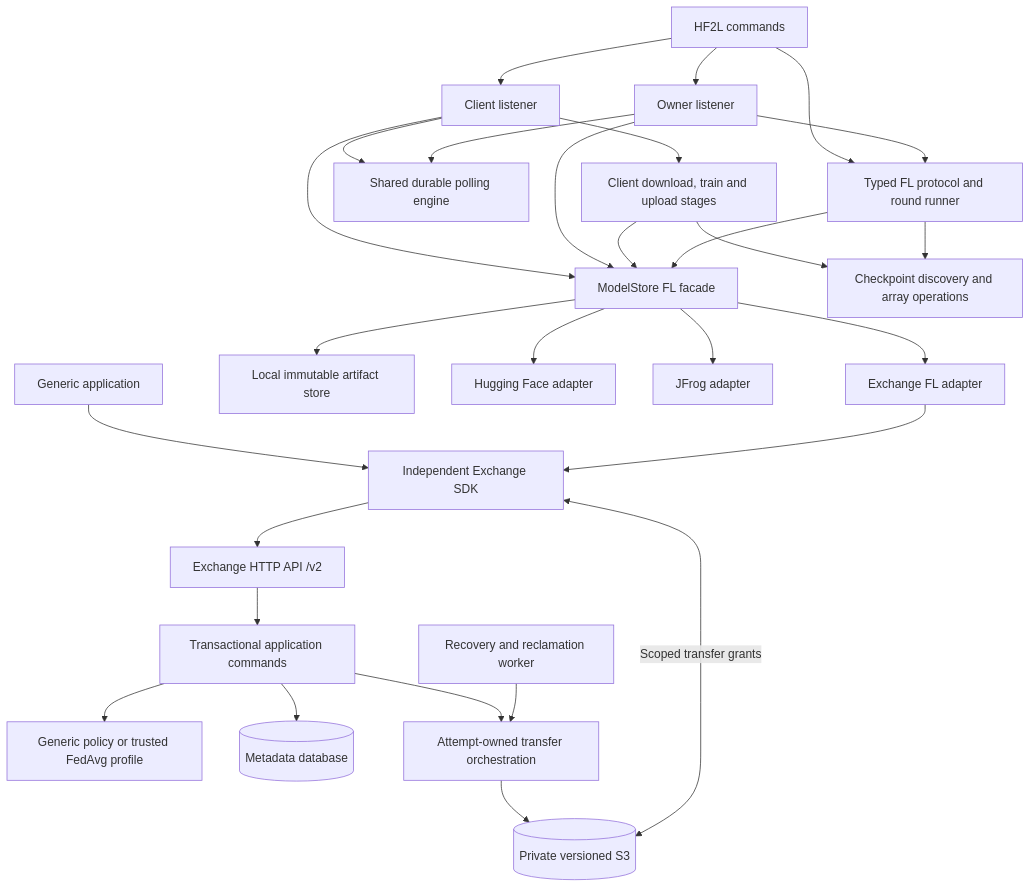
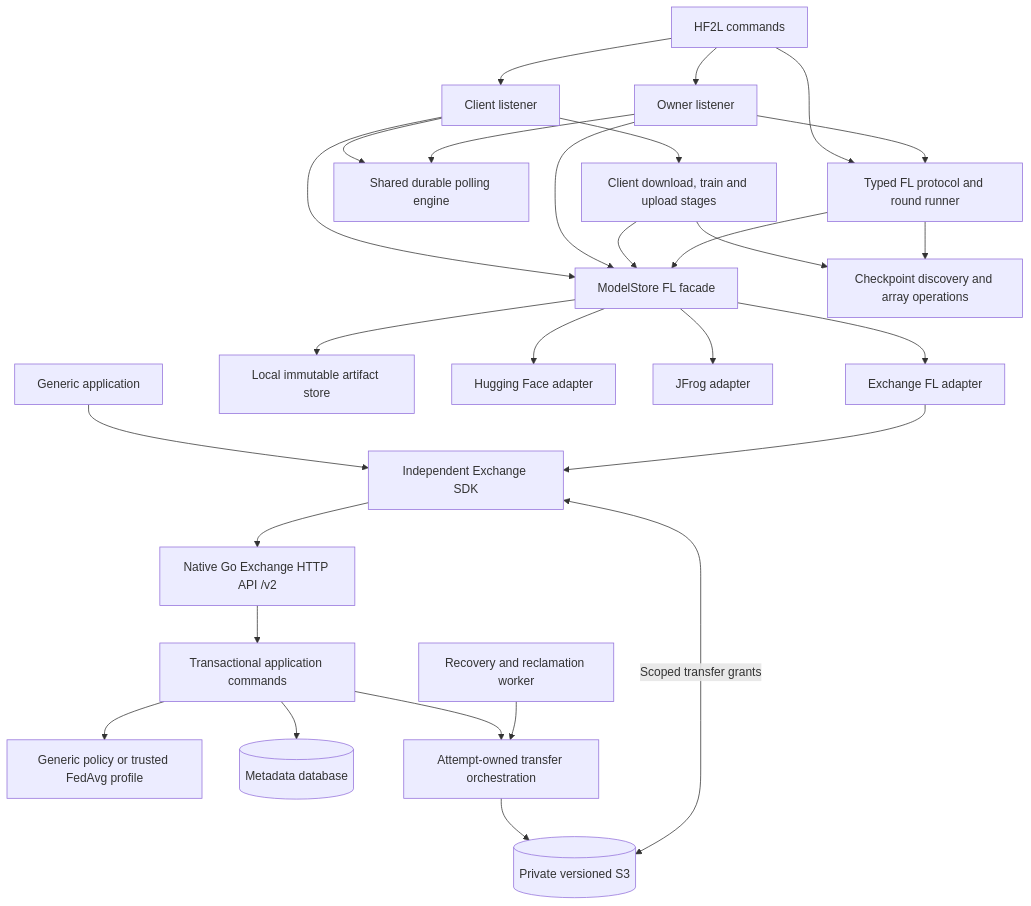
One commit to IsaacYangSLA/hf_fl changed the diagram in docs/ARCHITECTURE_V3.md. Above: the diagram before and after it, drawn with Mermaid. The commit also changed other lines of this file and 288 other files, not shown here.

````diff
--- a/docs/ARCHITECTURE_V3.md
+++ b/docs/ARCHITECTURE_V3.md
@@ -148,30 +161,30 @@
 ```mermaid
 flowchart TB
     Generic[Generic application] --> SDK[Independent Exchange SDK]
     CLI[HF2L commands] --> Runner[Typed FL protocol and round runner]
     CLI --> ClientListener[Client listener]
     CLI --> OwnerListener[Owner listener]
     ClientListener --> Engine[Shared durable polling engine]
     OwnerListener --> Engine
     ClientListener --> Client[Client download, train and upload stages]
     ClientListener --> Port[ModelStore FL facade]
     OwnerListener --> Runner
     OwnerListener --> Port
     Client --> Port
     Client --> Checkpoints[Checkpoint discovery and array operations]
     Runner --> Checkpoints[Checkpoint discovery and array operations]
     Runner --> Port[ModelStore FL facade]
     Port --> Local[Local immutable artifact store]
     Port --> HF[Hugging Face adapter]
     Port --> JFrog[JFrog adapter]
     Port --> Adapter[Exchange FL adapter]
     Adapter --> SDK
-    SDK --> API[Exchange HTTP API /v2]
+    SDK --> API[Native Go Exchange HTTP API /v2]
     API --> Commands[Transactional application commands]
     Commands --> Profiles[Generic policy or trusted FedAvg profile]
     Commands --> DB[(Metadata database)]
     Commands --> Transfers[Attempt-owned transfer orchestration]
     Worker[Recovery and reclamation worker] --> Transfers
     Transfers --> Blob[(Private versioned S3)]
     SDK <-->|Scoped transfer grants| Blob
 ```
````
